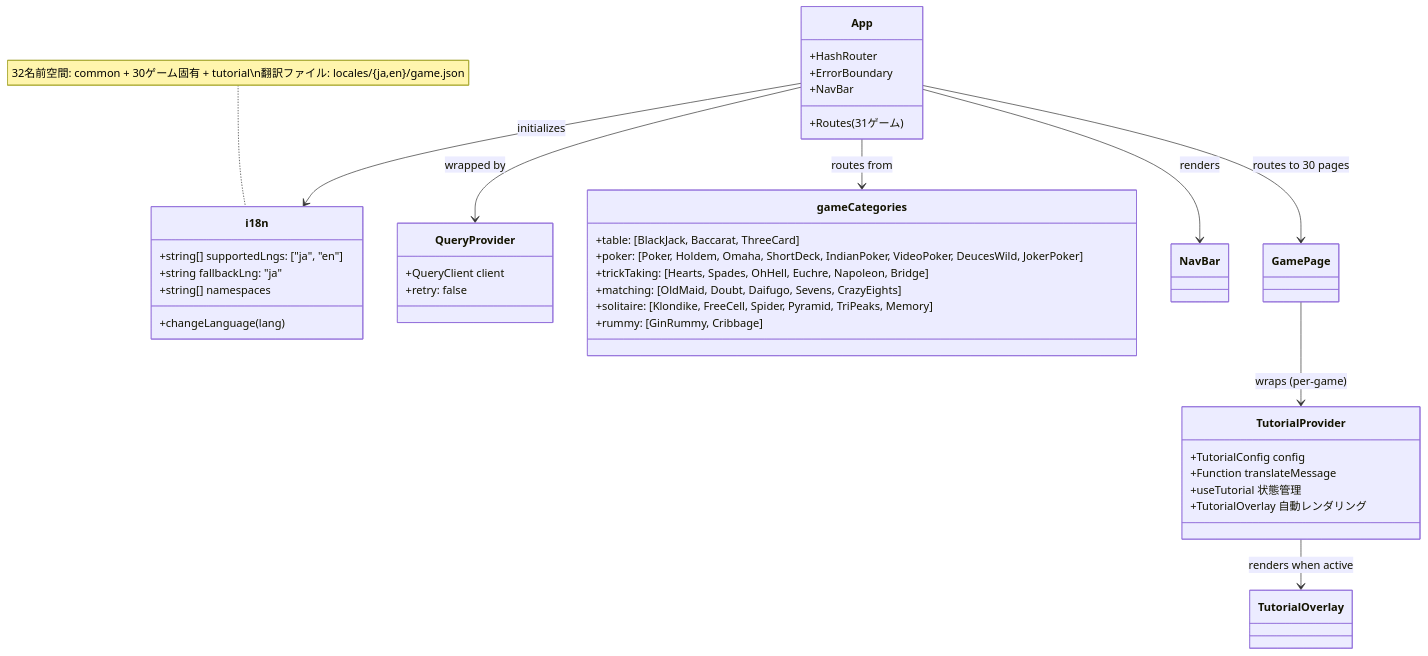
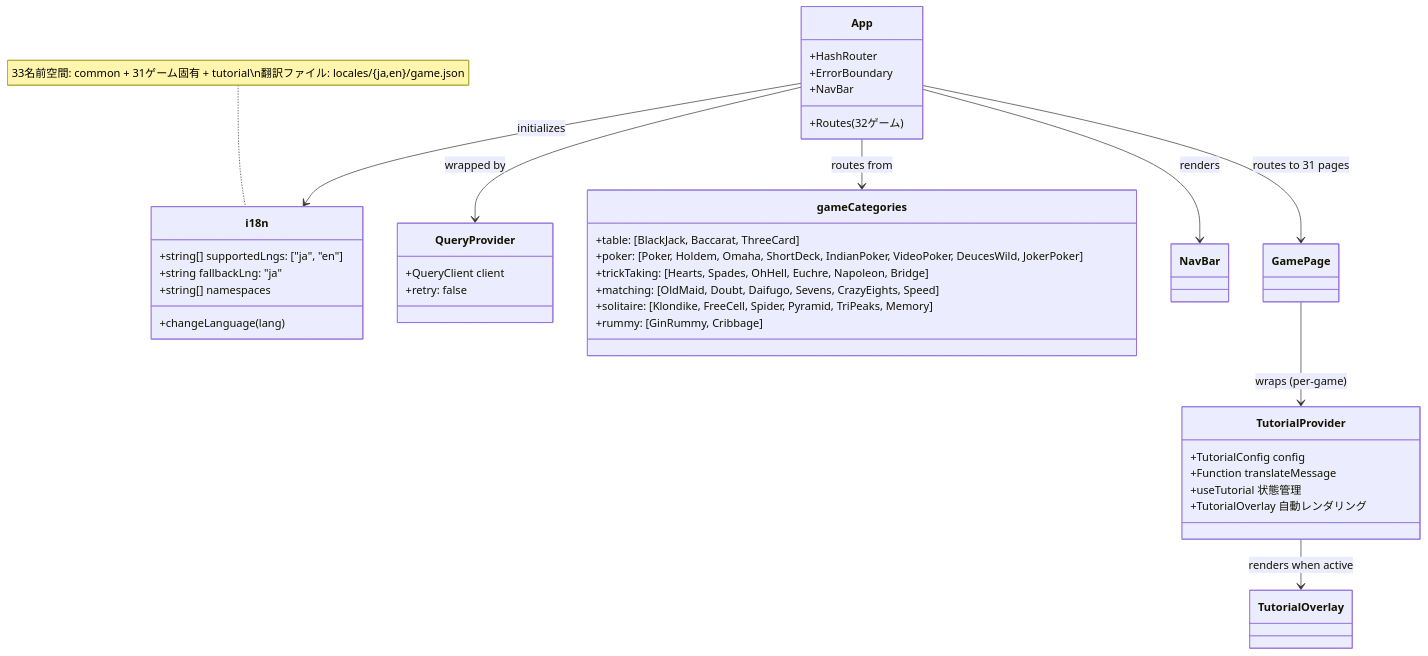
One commit to yuta-yoshinaga/go_trumpcards changed the eighth of 23 diagrams in docs/design/frontend.md. Above: the diagram before and after it, drawn with Mermaid. The commit also changed other lines of this file and 48 other files, not shown here.

First line of the commit message:
feat: add Speed card game (#1055)

````diff
--- a/docs/design/frontend.md
+++ b/docs/design/frontend.md
@@ -1020,47 +1066,47 @@
 ```mermaid
 classDiagram
     class i18n {
         +string[] supportedLngs: ["ja", "en"]
         +string fallbackLng: "ja"
         +string[] namespaces
         +changeLanguage(lang)
     }
 
     class QueryProvider {
         +QueryClient client
         +retry: false
     }
 
     class App {
         +HashRouter
         +ErrorBoundary
         +NavBar
-        +Routes (31ゲーム)
+        +Routes (32ゲーム)
     }
 
     class gameCategories {
         +table: [BlackJack, Baccarat, ThreeCard]
         +poker: [Poker, Holdem, Omaha, ShortDeck, IndianPoker, VideoPoker, DeucesWild, JokerPoker]
         +trickTaking: [Hearts, Spades, OhHell, Euchre, Napoleon, Bridge]
-        +matching: [OldMaid, Doubt, Daifugo, Sevens, CrazyEights]
+        +matching: [OldMaid, Doubt, Daifugo, Sevens, CrazyEights, Speed]
         +solitaire: [Klondike, FreeCell, Spider, Pyramid, TriPeaks, Memory]
         +rummy: [GinRummy, Cribbage]
     }
 
     class TutorialProvider {
         +TutorialConfig config
         +Function translateMessage
         +useTutorial 状態管理
         +TutorialOverlay 自動レンダリング
     }
 
     App --> QueryProvider : wrapped by
     App --> i18n : initializes
     App --> gameCategories : routes from
     App --> NavBar : renders
-    App --> GamePage : routes to 30 pages
+    App --> GamePage : routes to 31 pages
     GamePage --> TutorialProvider : wraps (per-game)
     TutorialProvider --> TutorialOverlay : renders when active
 
-    note for i18n "32名前空間: common + 30ゲーム固有 + tutorial\n翻訳ファイル: locales/{ja,en}/game.json"
+    note for i18n "33名前空間: common + 31ゲーム固有 + tutorial\n翻訳ファイル: locales/{ja,en}/game.json"
 ```
````
